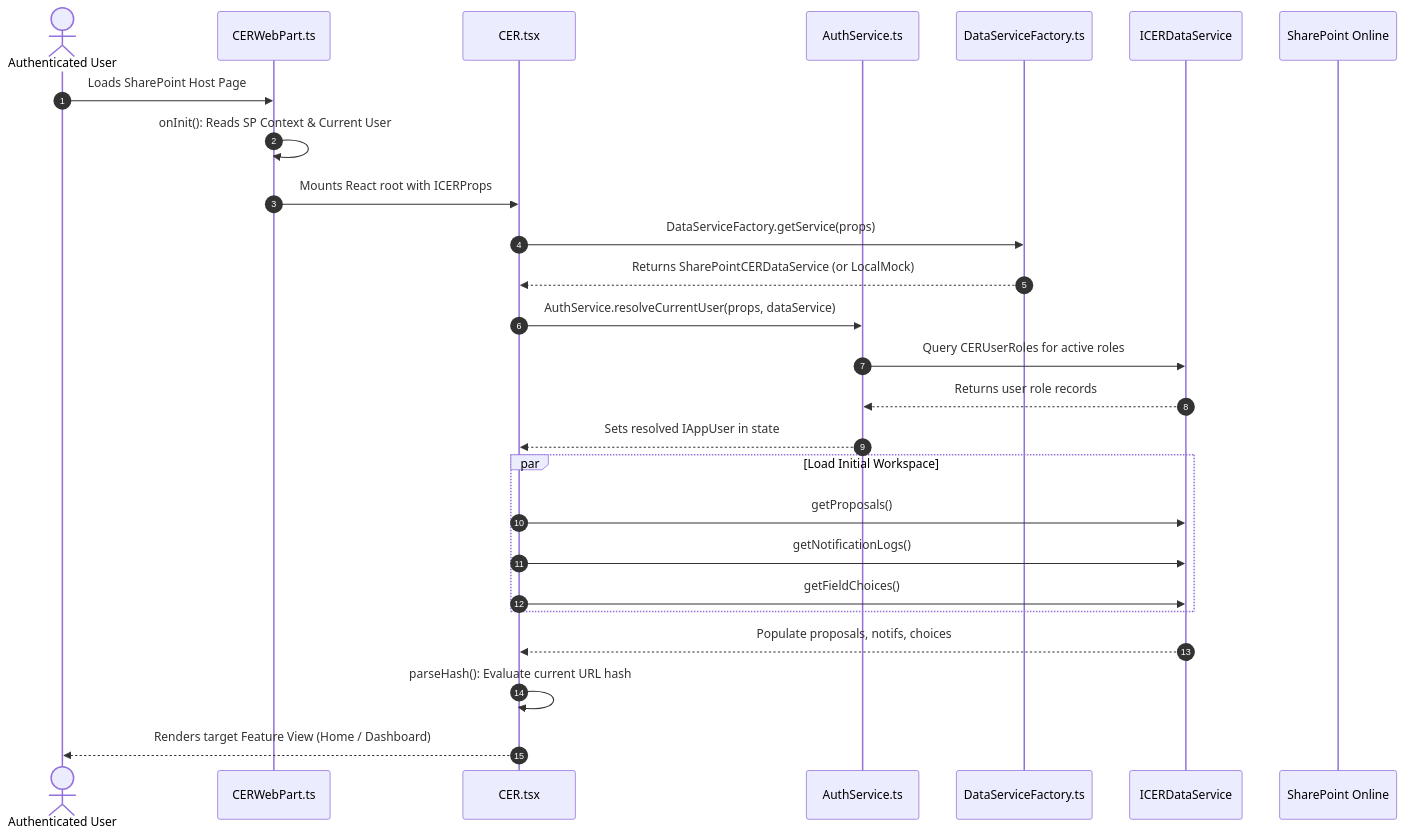
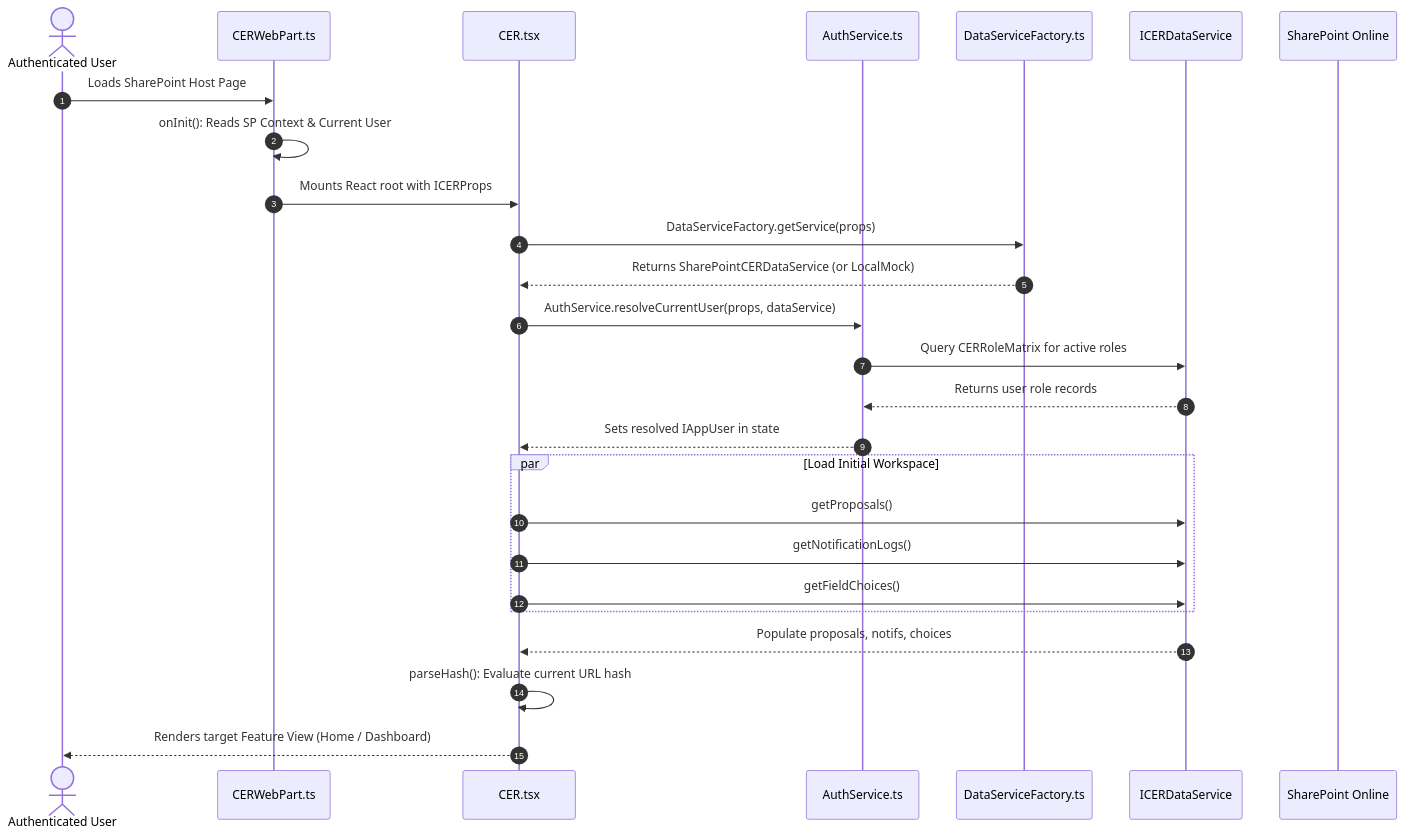
One commit to ShivenPandit/CER changed the diagram in docs/PROJECT_DETAILS.md. Above: the diagram before and after it, drawn with Mermaid. The commit also changed other lines of this file and 7 other files, not shown here.

Commit message:
feat: add project documentation, user model, auth service, and sharepoint data service implementation

````diff
--- a/docs/PROJECT_DETAILS.md
+++ b/docs/PROJECT_DETAILS.md
@@ -49,29 +49,29 @@
 ```mermaid
 sequenceDiagram
     autonumber
     actor User as Authenticated User
     participant WP as CERWebPart.ts
     participant App as CER.tsx
     participant Auth as AuthService.ts
     participant Factory as DataServiceFactory.ts
     participant Service as ICERDataService
     participant SP as SharePoint Online
 
     User->>WP: Loads SharePoint Host Page
     WP->>WP: onInit(): Reads SP Context & Current User
     WP->>App: Mounts React root with ICERProps
     App->>Factory: DataServiceFactory.getService(props)
     Factory-->>App: Returns SharePointCERDataService (or LocalMock)
     App->>Auth: AuthService.resolveCurrentUser(props, dataService)
-    Auth->>Service: Query CERUserRoles for active roles
+    Auth->>Service: Query CERRoleMatrix for active roles
     Service-->>Auth: Returns user role records
     Auth-->>App: Sets resolved IAppUser in state
     par Load Initial Workspace
         App->>Service: getProposals()
         App->>Service: getNotificationLogs()
         App->>Service: getFieldChoices()
     end
     Service-->>App: Populate proposals, notifs, choices
     App->>App: parseHash(): Evaluate current URL hash
     App-->>User: Renders target Feature View (Home / Dashboard)
 ```
````
